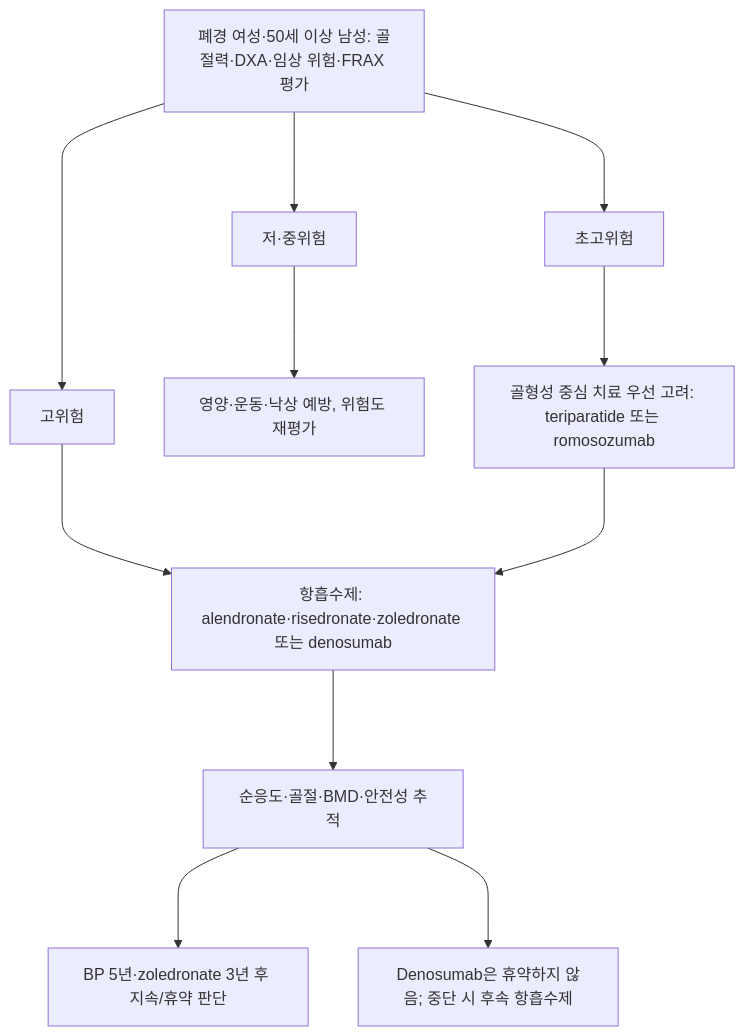
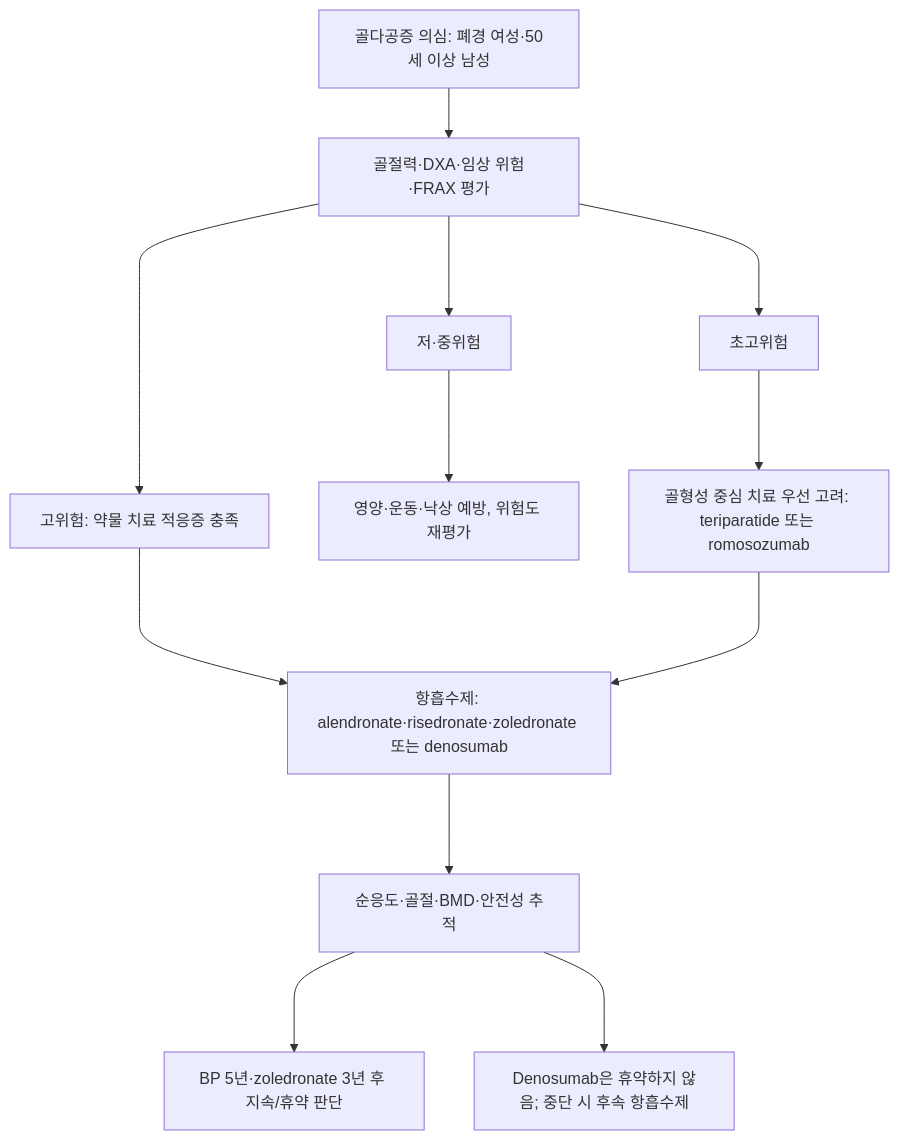
The first of 2 diagrams in 228_/149_-osteoporosis.md (familyoh77/familyoh77), drawn with Mermaid before and after one commit. The commit also changed other lines of this file and 7 other files, not shown here.

````diff
--- a/228_/149_-osteoporosis.md
+++ b/228_/149_-osteoporosis.md
@@ -175,14 +176,15 @@
 ```mermaid
 graph TD
-    A["폐경 여성·50세 이상 남성: 골절력·DXA·임상 위험·FRAX 평가"]
-    A ---> L["저·중위험"]
-    A ---> H["고위험"]
-    A ---> V["초고위험"]
+    A["골다공증 의심: 폐경 여성·50세 이상 남성"]
+    A --> E["골절력·DXA·임상 위험·FRAX 평가"]
+    E ---> L["저·중위험"]
+    E ---> H["고위험: 약물 치료 적응증 충족"]
+    E ---> V["초고위험"]
     L ---> N["영양·운동·낙상 예방, 위험도 재평가"]
     H ---> R["항흡수제: alendronate·risedronate·zoledronate 또는 denosumab"]
     V ---> B["골형성 중심 치료 우선 고려: teriparatide 또는 romosozumab"]
     B ---> R
     R ---> F["순응도·골절·BMD·안전성 추적"]
     F ---> C["BP 5년·zoledronate 3년 후 지속/휴약 판단"]
     F ---> D["Denosumab은 휴약하지 않음; 중단 시 후속 항흡수제"]
 ```
````
